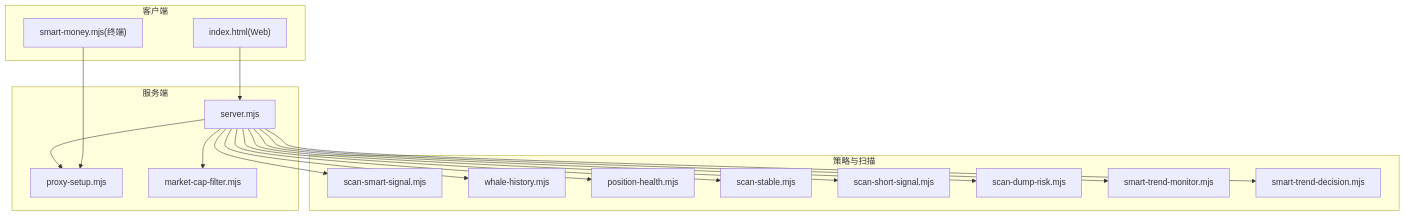
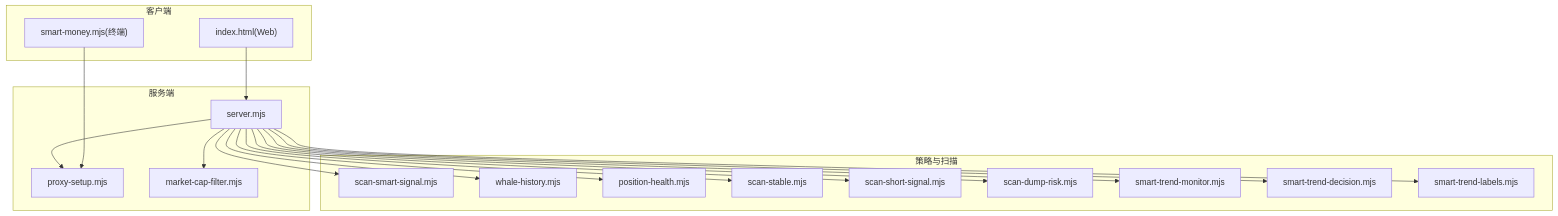
One commit to kekexilinan/BinaceSmart changed the first of 11 diagrams in .qoder/repowiki/zh/content/核心功能模块/聪明钱监控系统.md. Above: the diagram before and after it, drawn with Mermaid. The commit also changed other lines of this file and 51 other files, not shown here.

````diff
--- a/.qoder/repowiki/zh/content/核心功能模块/聪明钱监控系统.md
+++ b/.qoder/repowiki/zh/content/核心功能模块/聪明钱监控系统.md
@@ -65,34 +76,36 @@
 ```mermaid
 graph TB
 subgraph "服务端"
 S["server.mjs"]
 P["proxy-setup.mjs"]
 MCF["market-cap-filter.mjs"]
 end
 subgraph "策略与扫描"
 SS["scan-smart-signal.mjs"]
 WH["whale-history.mjs"]
 PH["position-health.mjs"]
 ST["scan-stable.mjs"]
 SH["scan-short-signal.mjs"]
 DR["scan-dump-risk.mjs"]
 TM["smart-trend-monitor.mjs"]
 TD["smart-trend-decision.mjs"]
+TL["smart-trend-labels.mjs"]
 end
 subgraph "客户端"
 CLI["smart-money.mjs(终端)"]
 WEB["index.html(Web)"]
 end
 S --> P
 S --> SS
 S --> WH
 S --> PH
 S --> ST
 S --> SH
 S --> DR
 S --> TM
 S --> TD
+S --> TL
 S --> MCF
 WEB --> S
 CLI --> P
 ```
````
